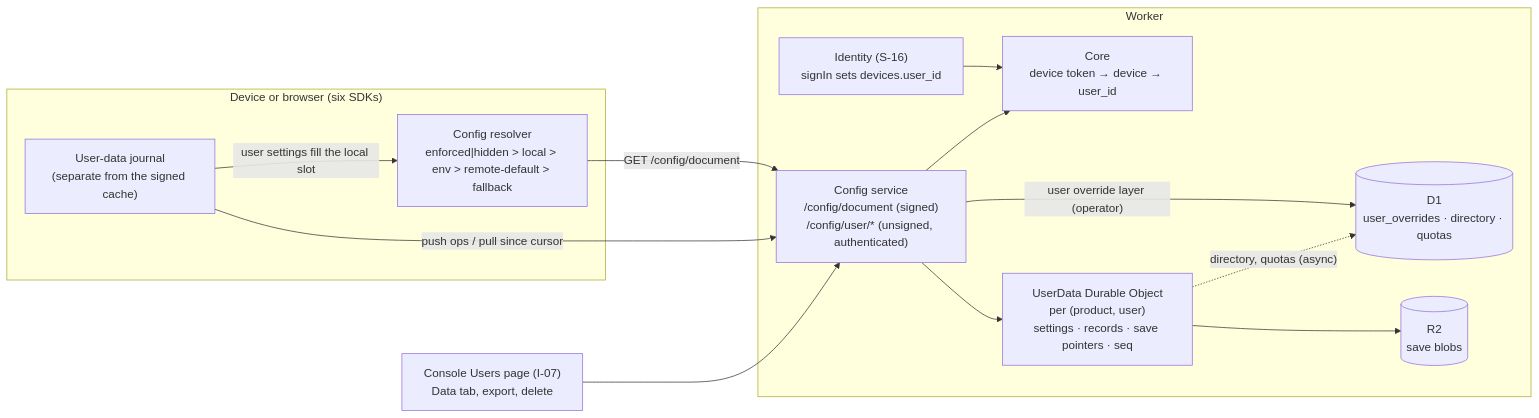
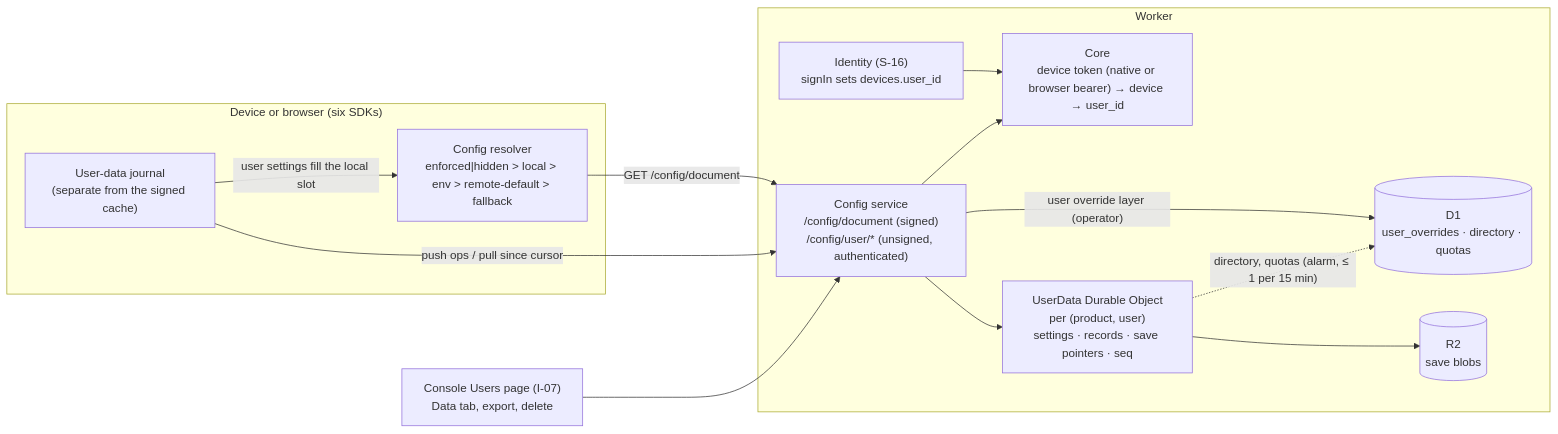
The diagram in docs/research/2026-09-29-godot-omniplatform/notes/S-17-user-data-sync.md (vladzaharia/polaris-key), drawn with Mermaid before and after one commit. The commit also changed other lines of this file, not shown here.

````diff
--- a/docs/research/2026-09-29-godot-omniplatform/notes/S-17-user-data-sync.md
+++ b/docs/research/2026-09-29-godot-omniplatform/notes/S-17-user-data-sync.md
@@ -95,25 +135,25 @@
 ```mermaid
 flowchart LR
   subgraph Device["Device or browser (six SDKs)"]
     R["Config resolver<br/>enforced|hidden > local > env > remote-default > fallback"]
     J["User-data journal<br/>(separate from the signed cache)"]
     J -- "user settings fill the local slot" --> R
   end
   subgraph Worker["Worker"]
-    CORE["Core<br/>device token → device → user_id"]
+    CORE["Core<br/>device token (native or browser bearer) → device → user_id"]
     CFG["Config service<br/>/config/document (signed)<br/>/config/user/* (unsigned, authenticated)"]
     UDO["UserData Durable Object<br/>per (product, user)<br/>settings · records · save pointers · seq"]
     D1[("D1<br/>user_overrides · directory · quotas")]
     R2[("R2<br/>save blobs")]
     ID["Identity (S-16)<br/>signIn sets devices.user_id"]
   end
   ID --> CORE
   R -- "GET /config/document" --> CFG
   J -- "push ops / pull since cursor" --> CFG
   CFG --> CORE
   CFG -- "user override layer (operator)" --> D1
   CFG --> UDO
   UDO --> R2
-  UDO -. "directory, quotas (async)" .-> D1
+  UDO -. "directory, quotas (alarm, ≤ 1 per 15 min)" .-> D1
   CON["Console Users page (I-07)<br/>Data tab, export, delete"] --> CFG
 ```
````
